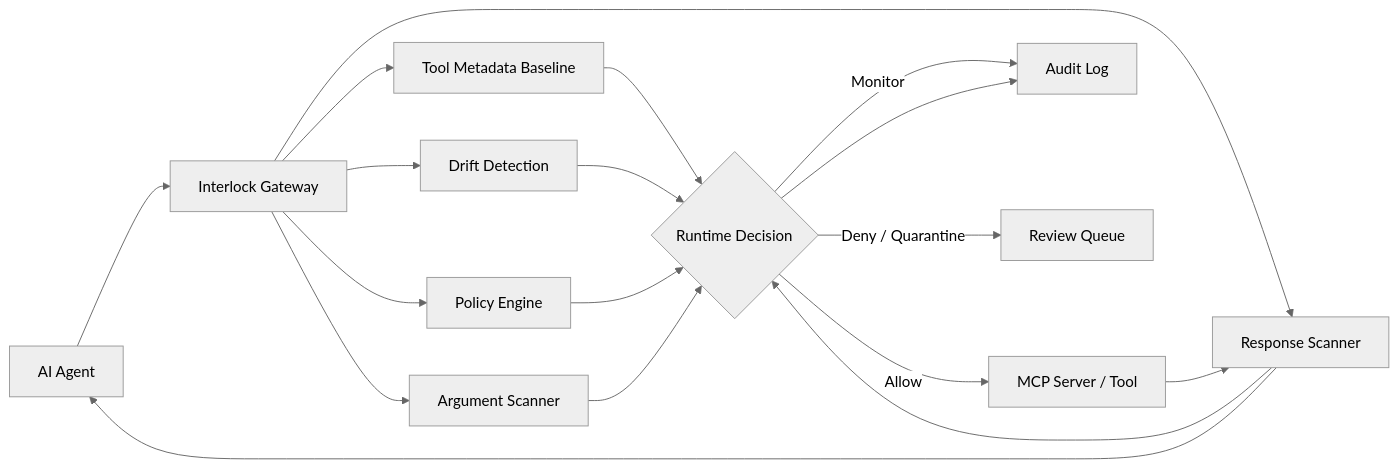
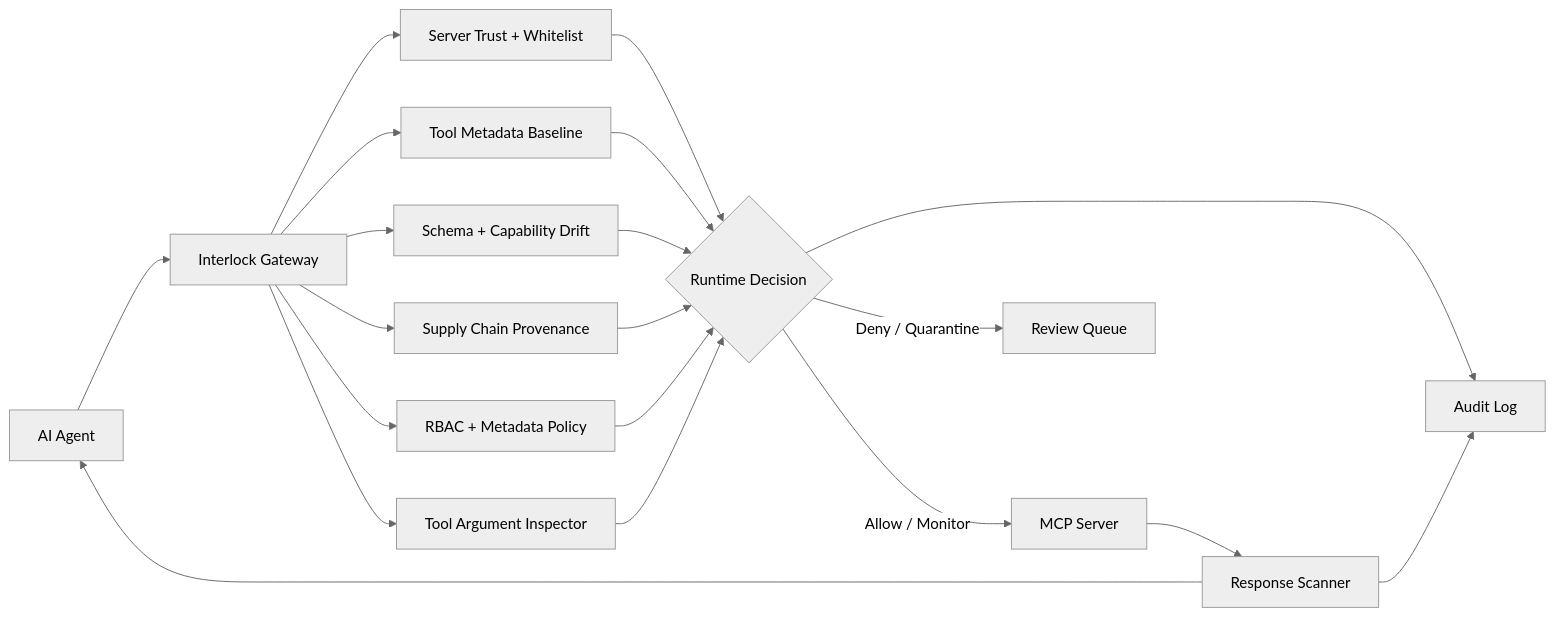
One commit to MaazAhmed47/Interlock changed the diagram in README.md. Above: the diagram before and after it, drawn with Mermaid (neutral theme). The commit also changed other lines of this file and 25 other files, not shown here.

````diff
--- a/README.md
+++ b/README.md
@@ -46,24 +58,25 @@
 ```mermaid
 flowchart LR
-    A["AI Agent"] --> B["Interlock Gateway"]
+    Agent["AI Agent"] --> Gateway["Interlock Gateway"]
 
-    B --> C["Tool Metadata Baseline"]
-    B --> D["Drift Detection"]
-    B --> E["Policy Engine"]
-    B --> F["Argument Scanner"]
-    B --> G["Response Scanner"]
+    Gateway --> Trust["Server Trust + Whitelist"]
+    Gateway --> Metadata["Tool Metadata Baseline"]
+    Gateway --> Drift["Schema + Capability Drift"]
+    Gateway --> Provenance["Supply Chain Provenance"]
+    Gateway --> Policy["RBAC + Metadata Policy"]
+    Gateway --> Args["Tool Argument Inspector"]
 
-    C --> H{"Runtime Decision"}
-    D --> H
-    E --> H
-    F --> H
-    G --> H
+    Trust --> Decision{"Runtime Decision"}
+    Metadata --> Decision
+    Drift --> Decision
+    Provenance --> Decision
+    Policy --> Decision
+    Args --> Decision
 
-    H -->|Allow| I["MCP Server / Tool"]
-    H -->|Monitor| J["Audit Log"]
-    H -->|Deny / Quarantine| K["Review Queue"]
-
-    I --> G
-    G --> A
-    H --> J
+    Decision -->|Allow / Monitor| MCP["MCP Server"]
+    Decision -->|Deny / Quarantine| Review["Review Queue"]
+    MCP --> Response["Response Scanner"]
+    Response --> Agent
+    Decision --> Audit["Audit Log"]
+    Response --> Audit
 ```
````
